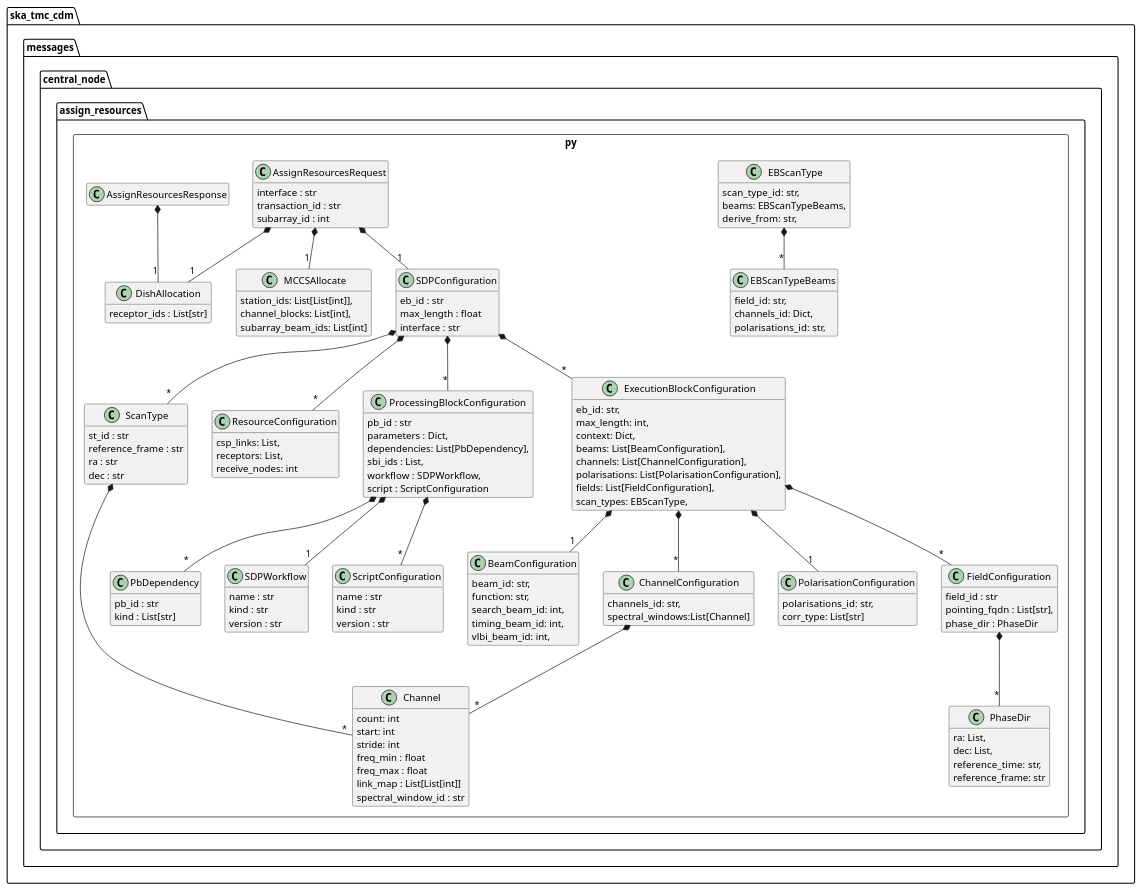
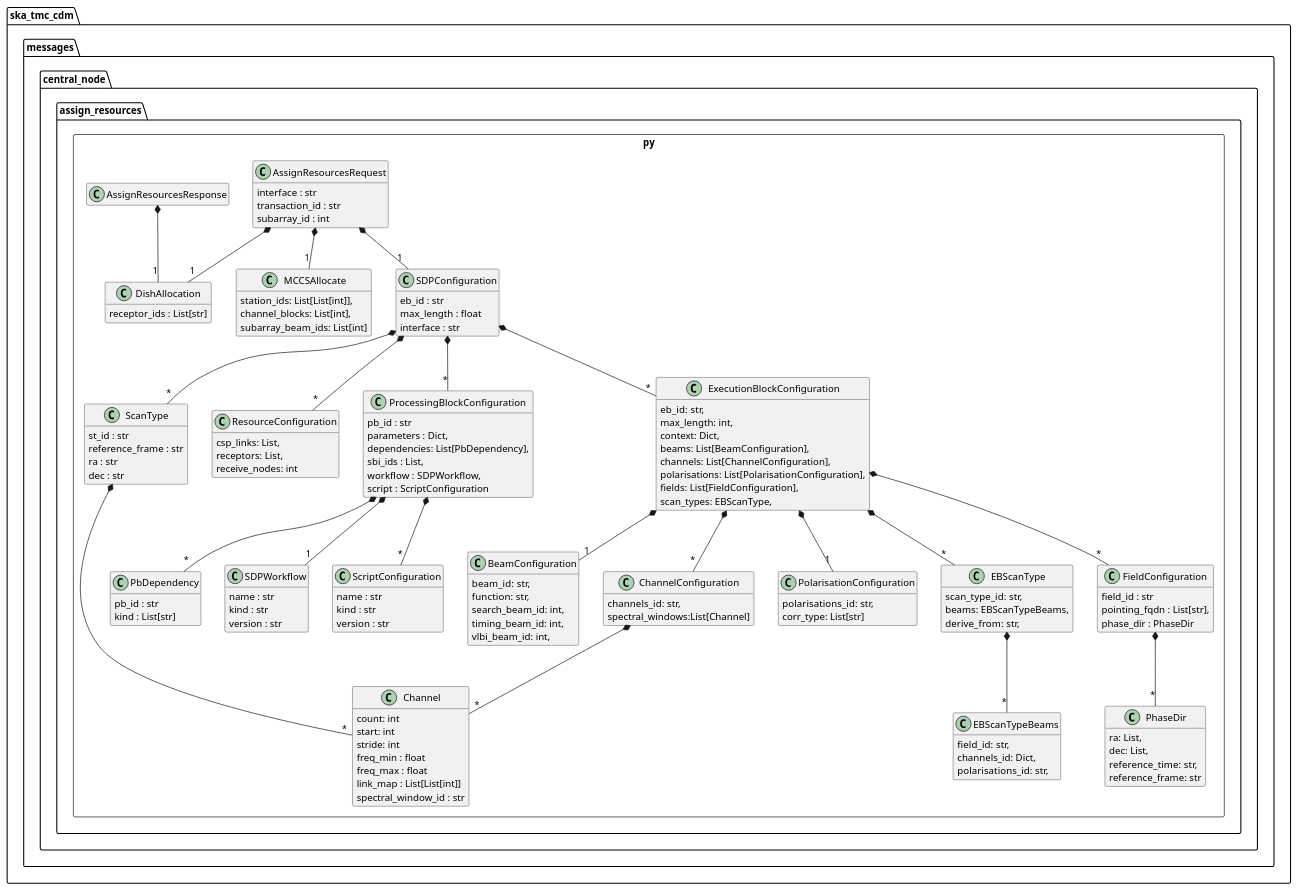
Before and after one commit to ska-telescope/cdm-shared-library: the diagram in docs/src/developer/centralnode/assignresources.puml, drawn with PlantUML. The commit also changed 5 other files, not shown here.

```diff
--- a/docs/src/developer/centralnode/assignresources.puml
+++ b/docs/src/developer/centralnode/assignresources.puml
@@ -1,153 +1,154 @@
 @startuml
 hide empty members
 
 package ska_tmc_cdm.messages.central_node {
     package assign_resources.py <<Rectangle>> {
         class DishAllocation {
             receptor_ids : List[str]
         }
 
         class MCCSAllocate {
             station_ids: List[List[int]],
             channel_blocks: List[int],
             subarray_beam_ids: List[int]
         }
 
         class Channel {
             count: int
             start: int
             stride: int
             freq_min : float
             freq_max : float
             link_map : List[List[int]]
             spectral_window_id : str
         }
 
         class ScanType {
             st_id : str
             reference_frame : str
             ra : str
             dec : str
         }
         ScanType *-- "*" Channel
 
         class PbDependency {
             pb_id : str
             kind : List[str]
         }
          class ResourceConfiguration {
             csp_links: List, 
             receptors: List,
             receive_nodes: int
         }
 
         class PhaseDir {
             ra: List,
             dec: List, 
             reference_time: str, 
             reference_frame: str
         }
         class BeamConfiguration {
             beam_id: str,
             function: str,
             search_beam_id: int,
             timing_beam_id: int,
             vlbi_beam_id: int,
         }
         class ChannelConfiguration {
             channels_id: str,
             spectral_windows:List[Channel] 
         }
         ChannelConfiguration  *-- "*" Channel
 
         class PolarisationConfiguration {
             polarisations_id: str,
             corr_type: List[str]  
         }
         class EBScanTypeBeams {
             field_id: str,
             channels_id: Dict, 
             polarisations_id: str, 
         }
         class EBScanType {
             scan_type_id: str,
             beams: EBScanTypeBeams,
             derive_from: str, 
         }
         EBScanType  *-- "*" EBScanTypeBeams
 
         class FieldConfiguration {
             field_id : str
             pointing_fqdn : List[str],
             phase_dir : PhaseDir
         }
 
         FieldConfiguration  *-- "*" PhaseDir
 
         class SDPWorkflow {
             name : str
             kind : str
             version : str
         }
         
         class ScriptConfiguration {
             name : str
             kind : str
             version : str
         }
 
         class ProcessingBlockConfiguration {
             pb_id : str
             parameters : Dict,
             dependencies: List[PbDependency],
             sbi_ids : List,
             workflow : SDPWorkflow,
             script : ScriptConfiguration
         }
         ProcessingBlockConfiguration  *-- "1" SDPWorkflow
         ProcessingBlockConfiguration  *-- "*" PbDependency
         ProcessingBlockConfiguration  *-- "*" ScriptConfiguration
 
         class ExecutionBlockConfiguration {
             eb_id: str,
             max_length: int,
             context: Dict,
             beams: List[BeamConfiguration],
             channels: List[ChannelConfiguration],
             polarisations: List[PolarisationConfiguration],
             fields: List[FieldConfiguration],
             scan_types: EBScanType,
         }
 
         ExecutionBlockConfiguration  *-- "1" BeamConfiguration
         ExecutionBlockConfiguration  *-- "*" ChannelConfiguration
         ExecutionBlockConfiguration  *-- "1" PolarisationConfiguration
         ExecutionBlockConfiguration  *-- "*" FieldConfiguration
+        ExecutionBlockConfiguration  *-- "*" EBScanType
 
 
         class SDPConfiguration {
             eb_id : str
             max_length : float
             interface : str
         }
         SDPConfiguration *-- "*" ScanType
         SDPConfiguration *-- "*" ProcessingBlockConfiguration
         SDPConfiguration *-- "*" ExecutionBlockConfiguration
         SDPConfiguration *-- "*" ResourceConfiguration
 
         class AssignResourcesRequest {
             interface : str
             transaction_id : str
             subarray_id : int
         }
 
         AssignResourcesRequest *-- "1" DishAllocation
         AssignResourcesRequest *-- "1" MCCSAllocate
         AssignResourcesRequest *-- "1" SDPConfiguration
 
         class AssignResourcesResponse
         AssignResourcesResponse *-- "1" DishAllocation
 	}
 }
 
 @enduml
```
